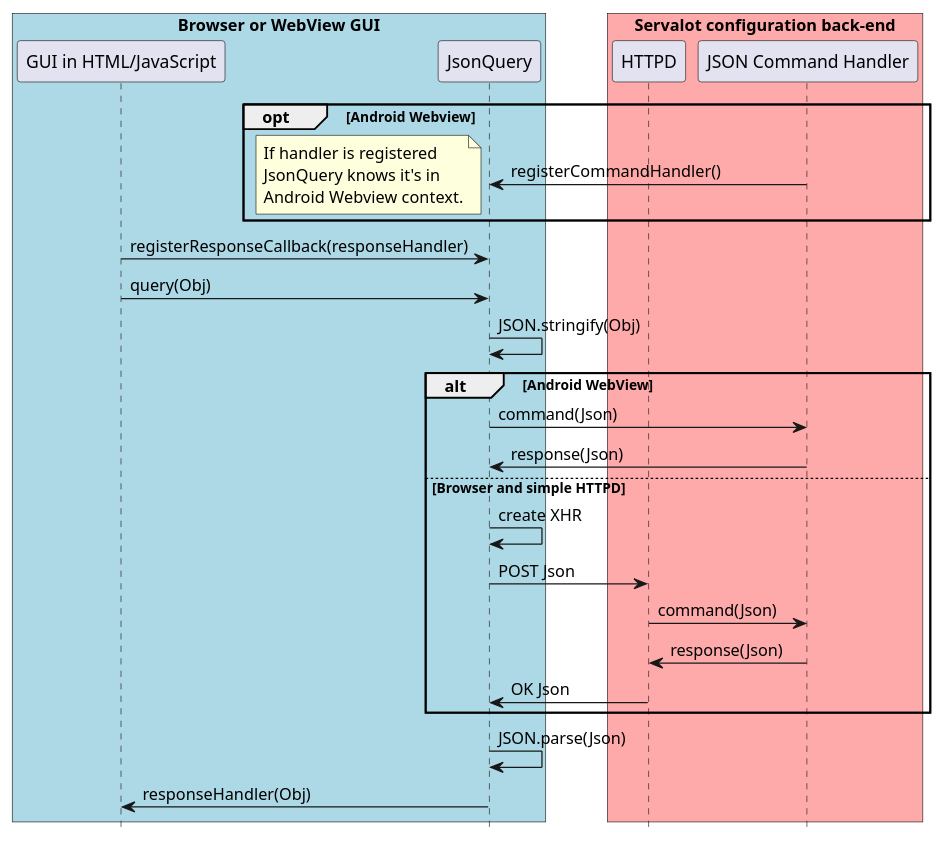
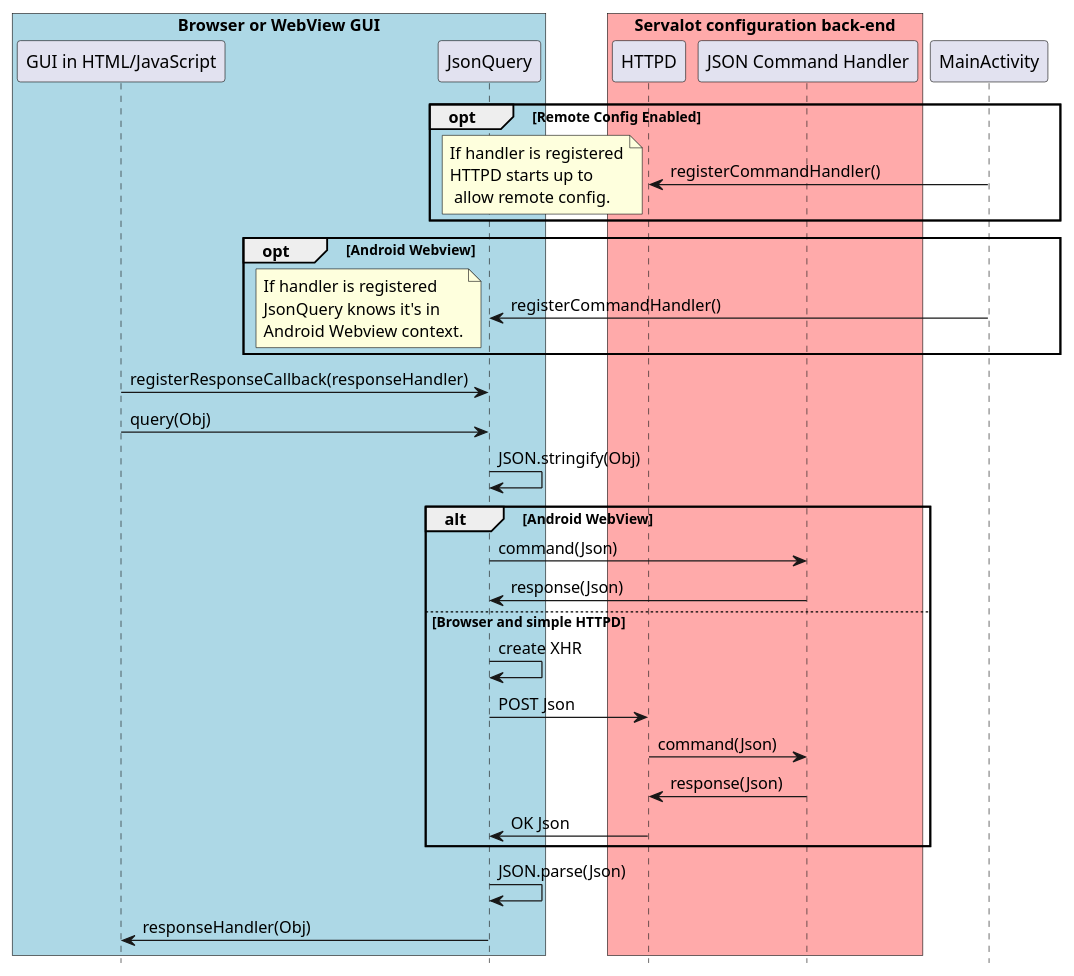
One commit to andrew-rogers/Servalot changed the diagram in doc/html_gui_cmd_sd.puml. Above: the diagram before and after it, drawn with PlantUML. The commit also changed 1 other file, not shown here.

Commit message:
Add MainActivity to configuration sequence diagram.

```diff
--- a/doc/html_gui_cmd_sd.puml
+++ b/doc/html_gui_cmd_sd.puml
@@ -1,36 +1,41 @@
 @startuml
 hide footbox
 
 box "Browser or WebView GUI" #LightBlue
   participant "GUI in HTML/JavaScript" as gui
   participant JsonQuery
 end box
 
 box "Servalot configuration back-end" #FAA
   participant HTTPD
   participant "JSON Command Handler" as handler
 end box
 
+opt Remote Config Enabled
+  MainActivity -> HTTPD: registerCommandHandler()
+  note left: If handler is registered\nHTTPD starts up to\n allow remote config.
+end
+
 opt Android Webview
-  handler -> JsonQuery: registerCommandHandler()
+  MainActivity -> JsonQuery: registerCommandHandler()
   note left: If handler is registered\nJsonQuery knows it's in\nAndroid Webview context.
 end
 
 gui -> JsonQuery: registerResponseCallback(responseHandler)
 gui -> JsonQuery: query(Obj)
 JsonQuery -> JsonQuery: JSON.stringify(Obj)
 
 alt Android WebView
   JsonQuery -> handler: command(Json)
   handler -> JsonQuery: response(Json)
 else Browser and simple HTTPD
   JsonQuery -> JsonQuery: create XHR
   JsonQuery -> HTTPD : POST Json
   HTTPD -> handler: command(Json)
   handler -> HTTPD: response(Json)
   HTTPD -> JsonQuery: OK Json
 end
 
 JsonQuery -> JsonQuery: JSON.parse(Json)
 JsonQuery -> gui: responseHandler(Obj)
 @enduml
```
